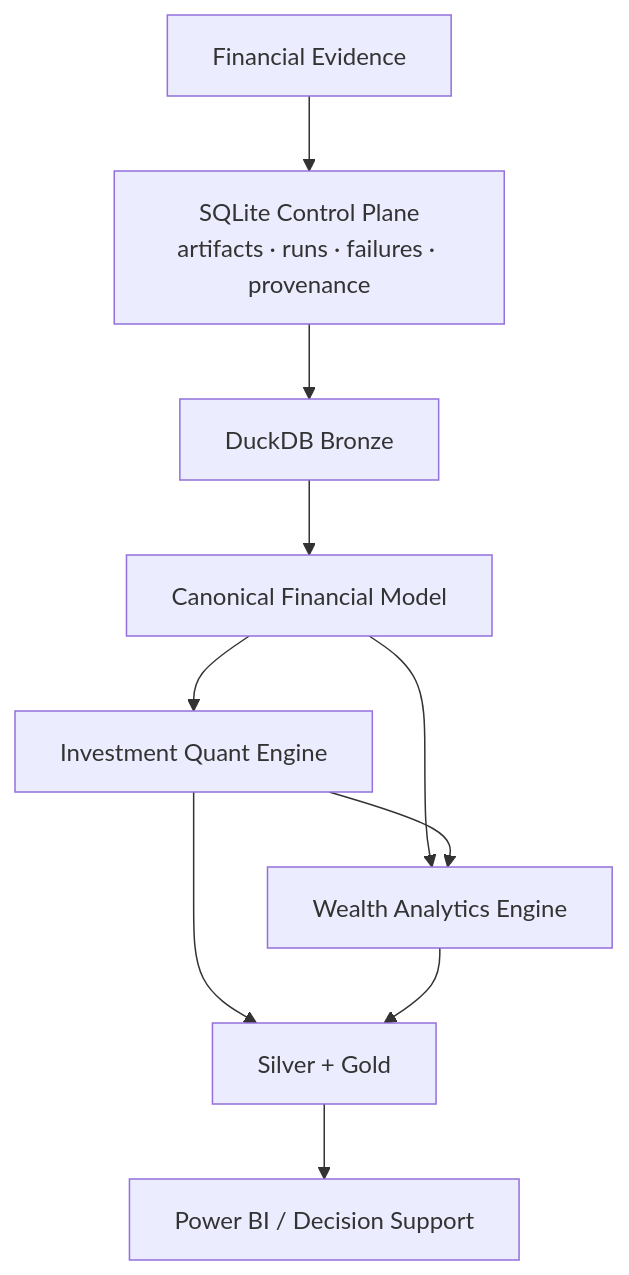
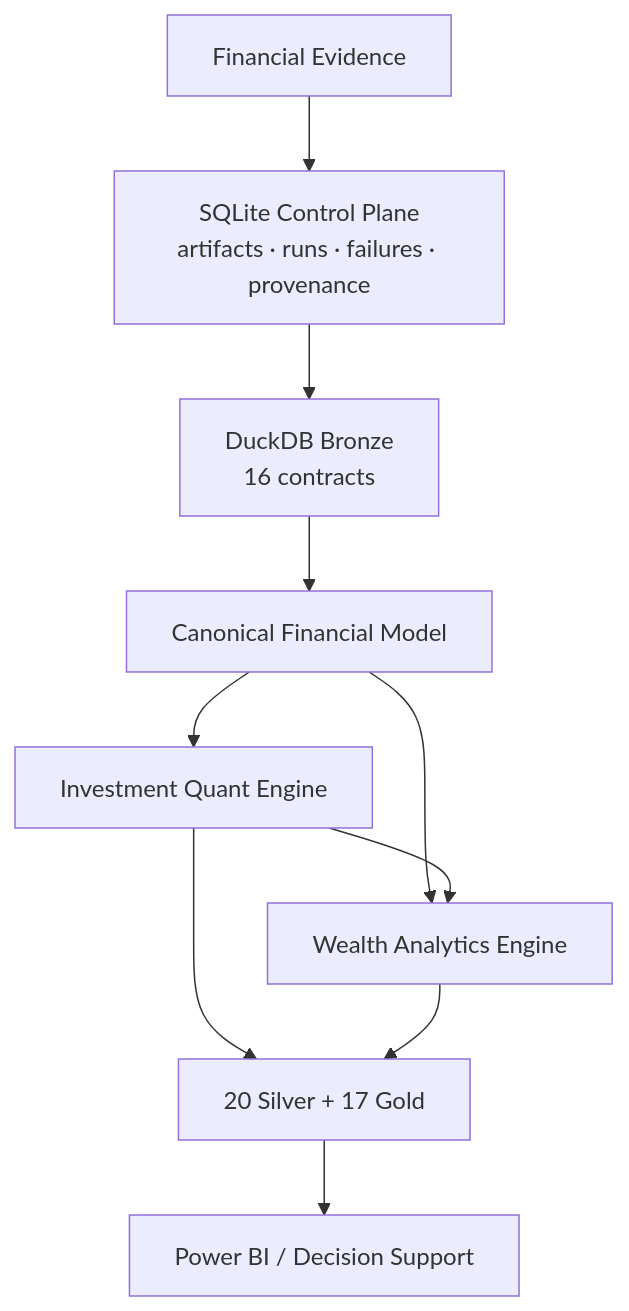
One commit to tks18/personal-finance-etl changed the second of 3 diagrams in docs/about/project.md. Above: the diagram before and after it, drawn with Mermaid. The commit also changed other lines of this file, not shown here.

````diff
--- a/docs/about/project.md
+++ b/docs/about/project.md
@@ -101,12 +104,12 @@
 ```mermaid
 flowchart TB
     SRC["Financial Evidence"] --> CP["SQLite Control Plane<br/>artifacts · runs · failures · provenance"]
-    CP --> BR["DuckDB Bronze"]
+    CP --> BR["DuckDB Bronze<br/>16 contracts"]
     BR --> CAN["Canonical Financial Model"]
     CAN --> INV["Investment Quant Engine"]
     CAN --> HH["Wealth Analytics Engine"]
     INV --> HH
-    INV --> SG["Silver + Gold"]
+    INV --> SG["20 Silver + 17 Gold"]
     HH --> SG
     SG --> BI["Power BI / Decision Support"]
 ```
````
